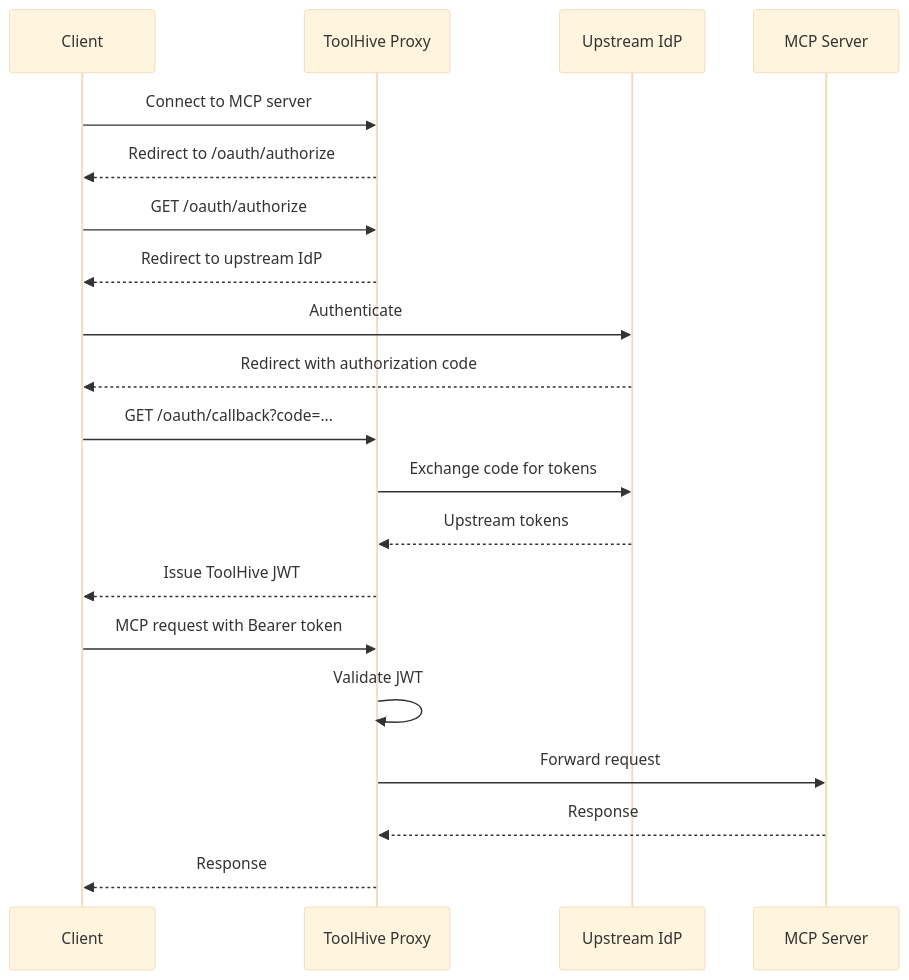
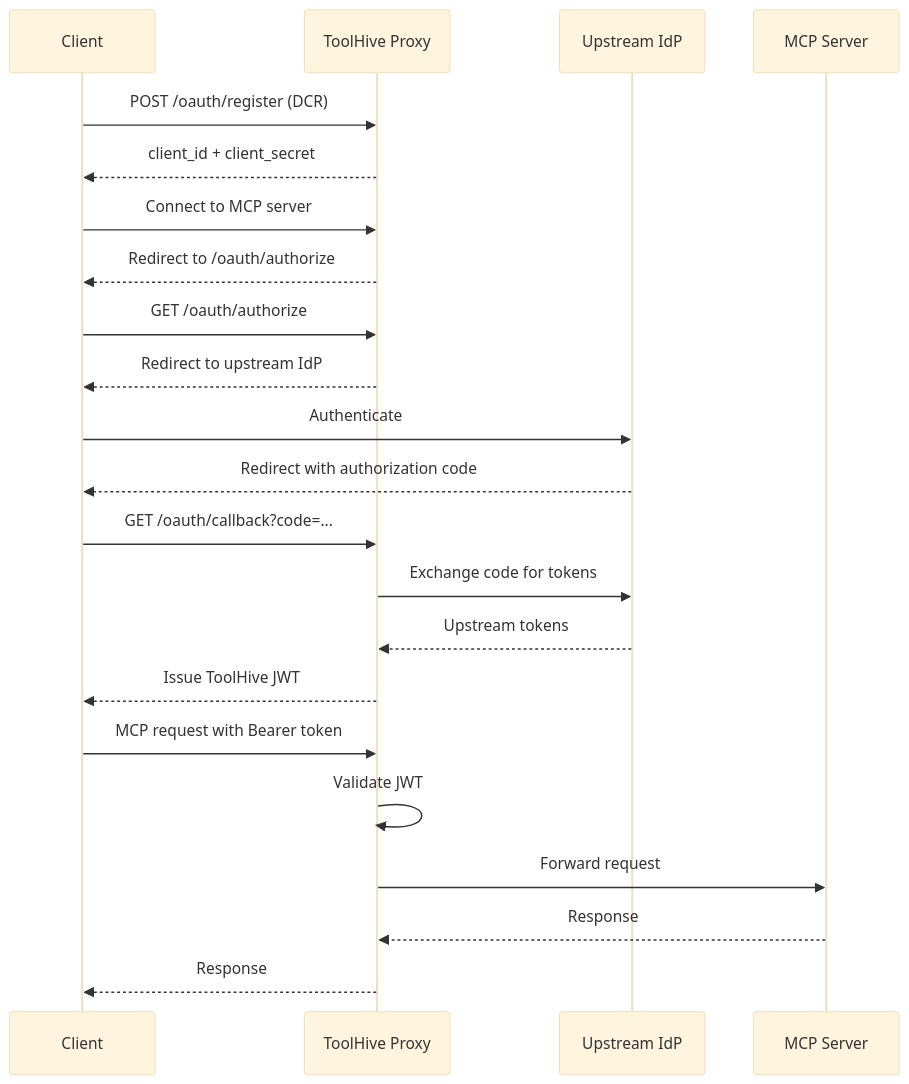
One commit to stacklok/docs-website changed the second of 3 diagrams in docs/toolhive/concepts/auth-framework.mdx. Above: the diagram before and after it, drawn with Mermaid (base theme). The commit also changed other lines of this file and 2 other files, not shown here.

````diff
--- a/docs/toolhive/concepts/auth-framework.mdx
+++ b/docs/toolhive/concepts/auth-framework.mdx
@@ -209,23 +212,25 @@
 ```mermaid
 sequenceDiagram
     participant Client
     participant Proxy as ToolHive Proxy
     participant IdP as Upstream IdP
     participant MCP as MCP Server
 
+    Client->>Proxy: POST /oauth/register (DCR)
+    Proxy-->>Client: client_id + client_secret
     Client->>Proxy: Connect to MCP server
     Proxy-->>Client: Redirect to /oauth/authorize
     Client->>Proxy: GET /oauth/authorize
     Proxy-->>Client: Redirect to upstream IdP
     Client->>IdP: Authenticate
     IdP-->>Client: Redirect with authorization code
     Client->>Proxy: GET /oauth/callback?code=...
     Proxy->>IdP: Exchange code for tokens
     IdP-->>Proxy: Upstream tokens
     Proxy-->>Client: Issue ToolHive JWT
     Client->>Proxy: MCP request with Bearer token
     Proxy->>Proxy: Validate JWT
     Proxy->>MCP: Forward request
     MCP-->>Proxy: Response
     Proxy-->>Client: Response
 ```
````
